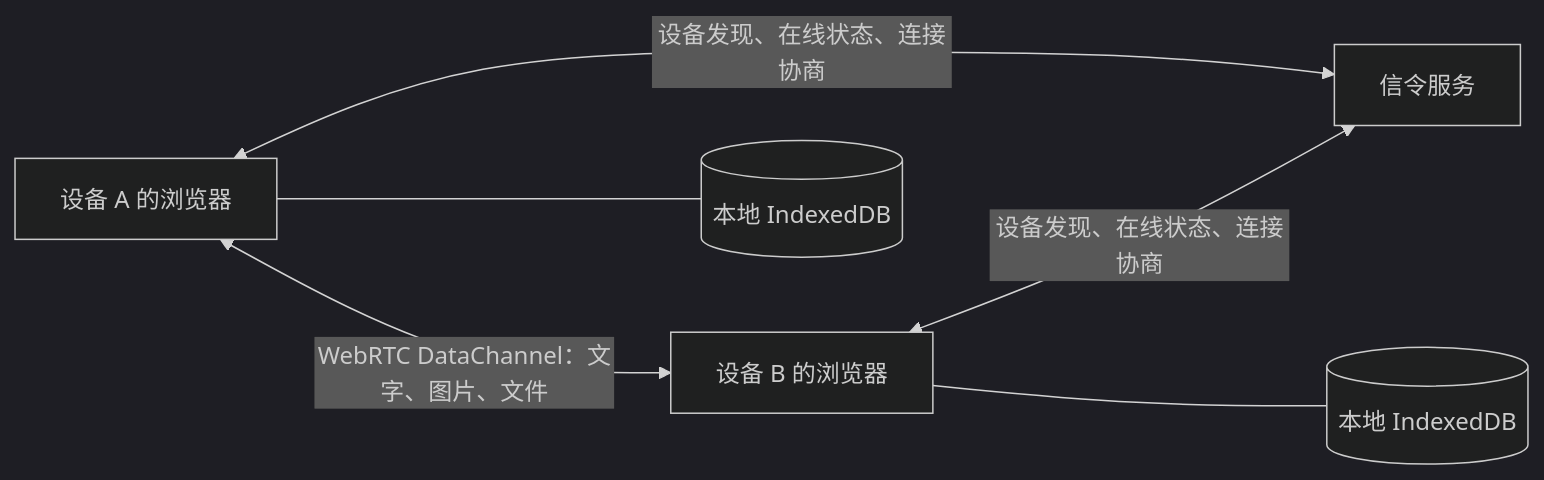
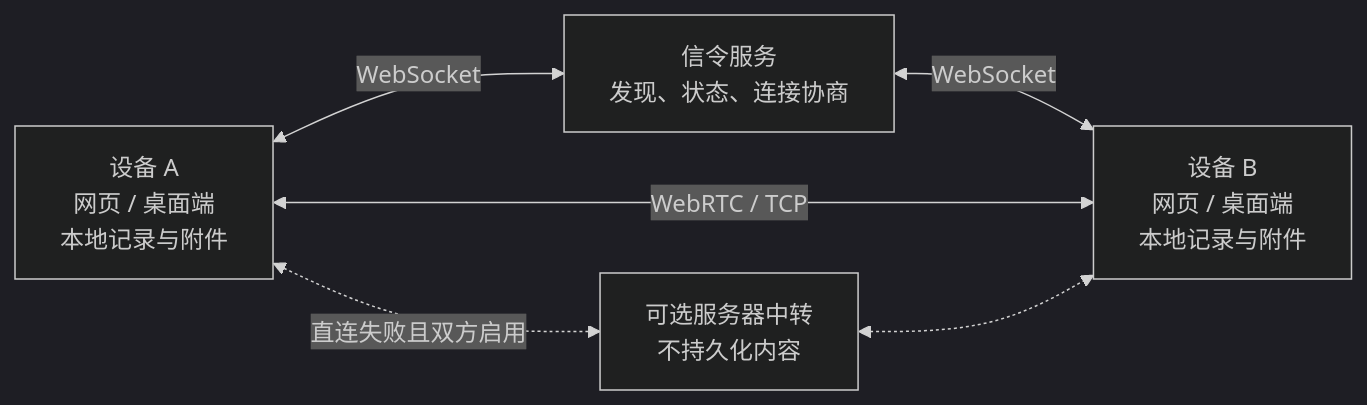
One commit to kuangye-team/ky-im changed the diagram in README.zh.md. Above: the diagram before and after it, drawn with Mermaid (dark theme). The commit also changed other lines of this file and 196 other files, not shown here.

````diff
--- a/README.zh.md
+++ b/README.zh.md
@@ -243,8 +27,10 @@
 ```mermaid
 flowchart LR
-    A[设备 A 的浏览器] <-->|设备发现、在线状态、连接协商| S[信令服务]
-    B[设备 B 的浏览器] <-->|设备发现、在线状态、连接协商| S
-    A <-->|WebRTC DataChannel：文字、图片、文件| B
-    A --- LA[(本地 IndexedDB)]
-    B --- LB[(本地 IndexedDB)]
+    A["设备 A<br/>网页 / 桌面端<br/>本地记录与附件"]
+    B["设备 B<br/>网页 / 桌面端<br/>本地记录与附件"]
+    A <-->|WebSocket| S["信令服务<br/>发现、状态、连接协商"]
+    S <-->|WebSocket| B
+    A <-->|WebRTC / TCP| B
+    A <-.->|直连失败且双方启用| R["可选服务器中转<br/>不持久化内容"]
+    R <-.-> B
 ```
````
